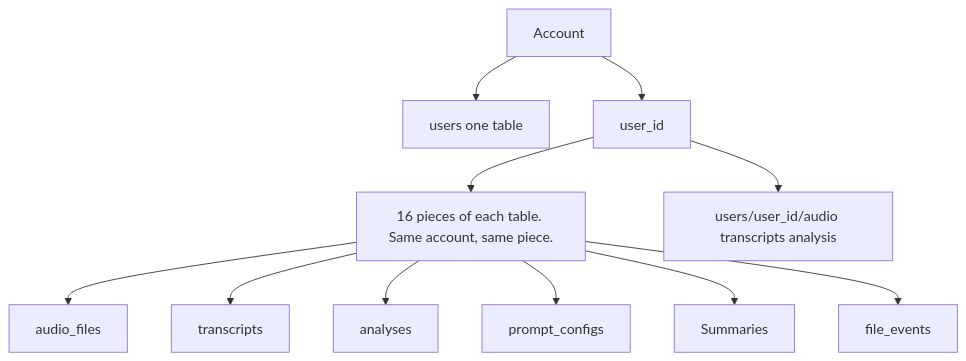
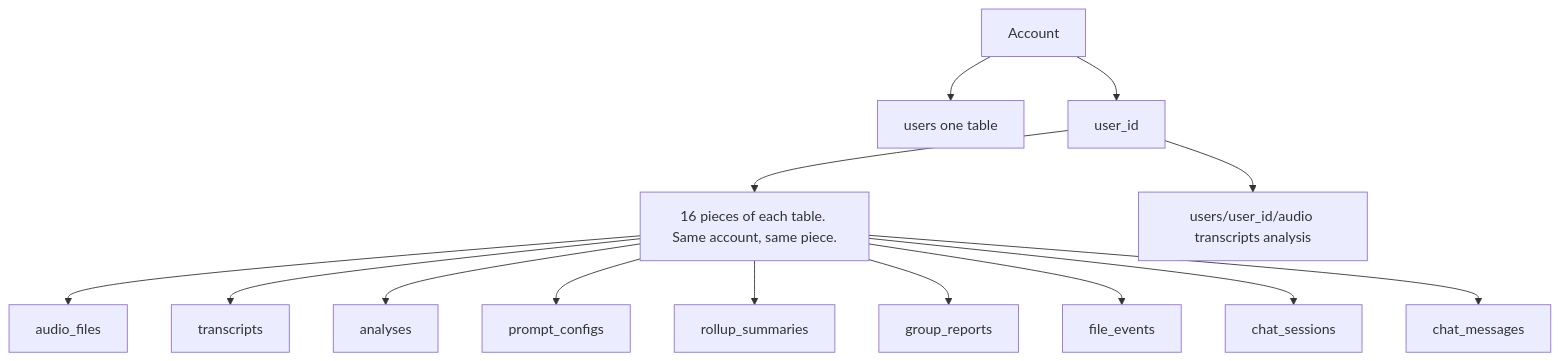
One commit to highprincezero/wn-voice-analytics changed the seventh of 7 diagrams in docs/scaling.md. Above: the diagram before and after it, drawn with Mermaid. The commit also changed other lines of this file and 18 other files, not shown here.

````diff
--- a/docs/scaling.md
+++ b/docs/scaling.md
@@ -117,13 +117,16 @@
 ```mermaid
 flowchart TB
   account[Account] --> usersTable[users one table]
   account --> uid[user_id]
   uid --> parts["16 pieces of each table. Same account, same piece."]
   parts --> audio_files
   parts --> transcripts
   parts --> analyses
   parts --> prompt_configs
-  parts --> summaries[Summaries]
+  parts --> rollup_summaries
+  parts --> group_reports
   parts --> file_events
+  parts --> chat_sessions
+  parts --> chat_messages
   uid --> keys["users/user_id/audio transcripts analysis"]
 ```
````
